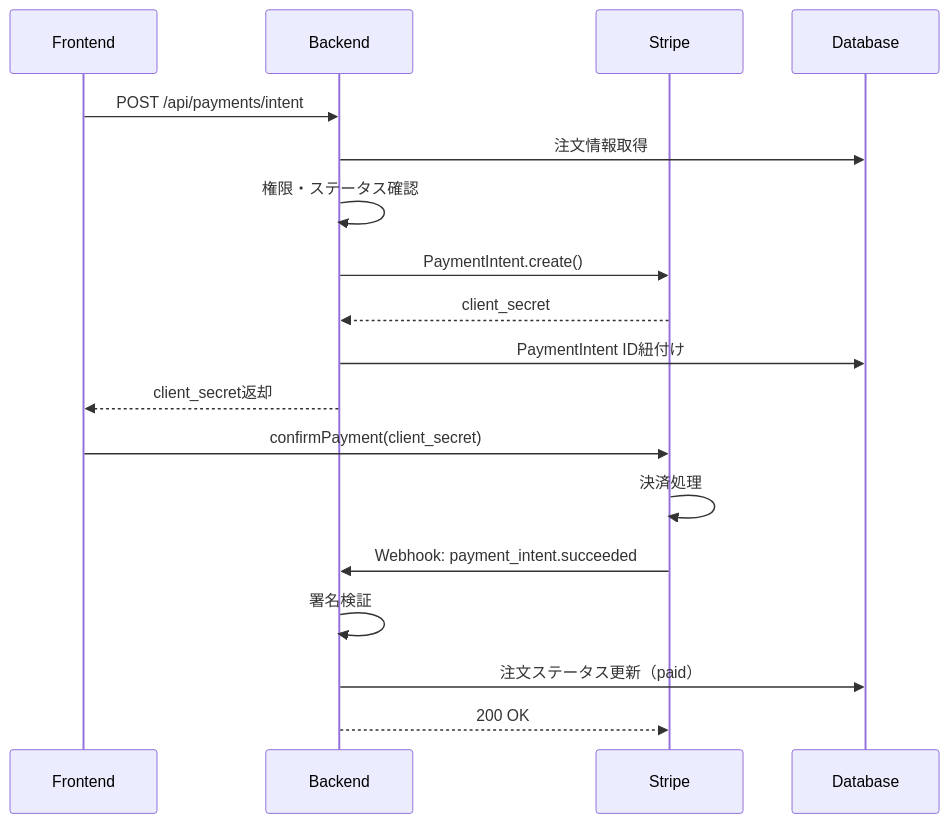
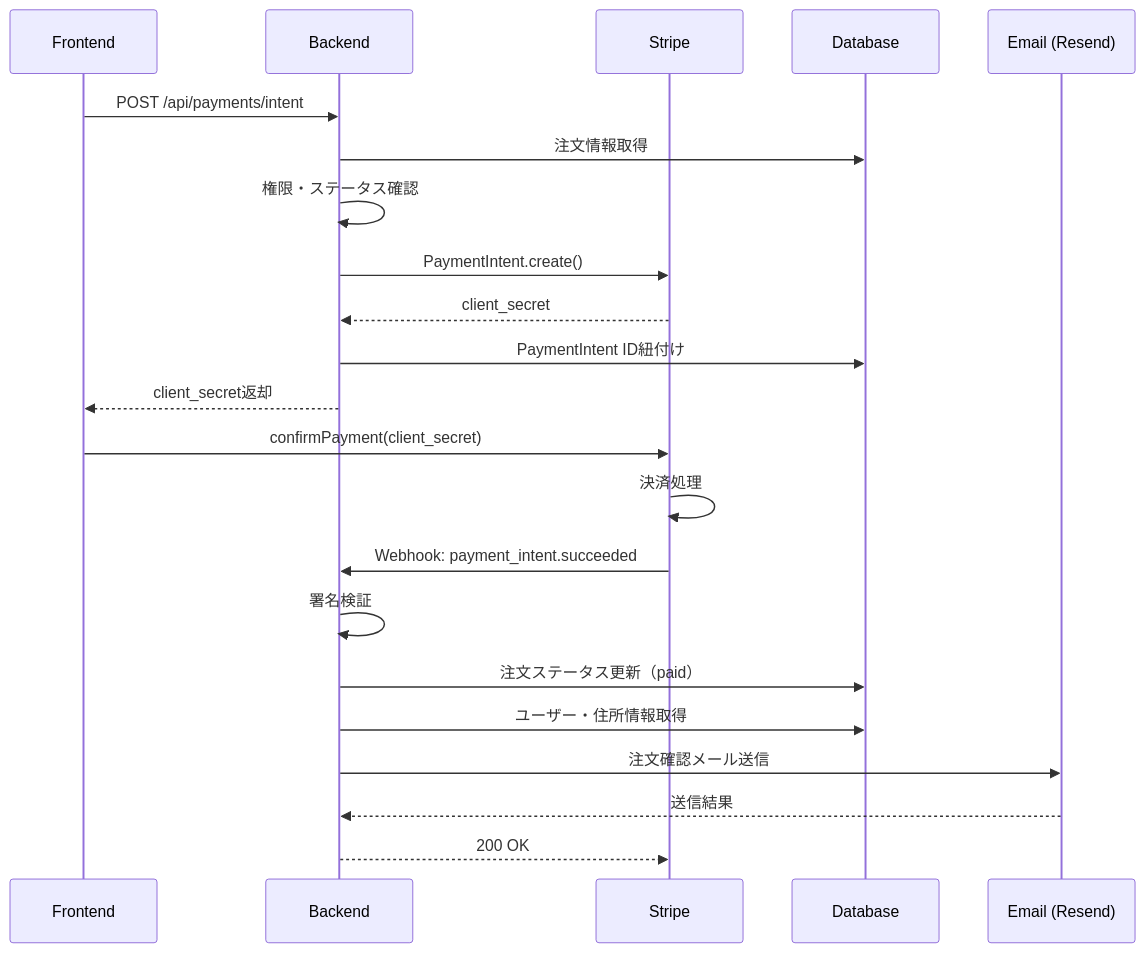
The diagram in docs/tasks/public/report/43-payment-backend.md (ShotaGhoona/acrique-v1), drawn with Mermaid before and after one commit. The commit also changed other lines of this file and 4 other files, not shown here.

````diff
--- a/docs/tasks/public/report/43-payment-backend.md
+++ b/docs/tasks/public/report/43-payment-backend.md
@@ -277,23 +395,27 @@
 ```mermaid
 sequenceDiagram
     participant F as Frontend
     participant B as Backend
     participant S as Stripe
     participant DB as Database
+    participant E as Email (Resend)
 
     F->>B: POST /api/payments/intent
     B->>DB: 注文情報取得
     B->>B: 権限・ステータス確認
     B->>S: PaymentIntent.create()
     S-->>B: client_secret
     B->>DB: PaymentIntent ID紐付け
     B-->>F: client_secret返却
 
     F->>S: confirmPayment(client_secret)
     S->>S: 決済処理
 
     S->>B: Webhook: payment_intent.succeeded
     B->>B: 署名検証
     B->>DB: 注文ステータス更新（paid）
+    B->>DB: ユーザー・住所情報取得
+    B->>E: 注文確認メール送信
+    E-->>B: 送信結果
     B-->>S: 200 OK
 ```
````
